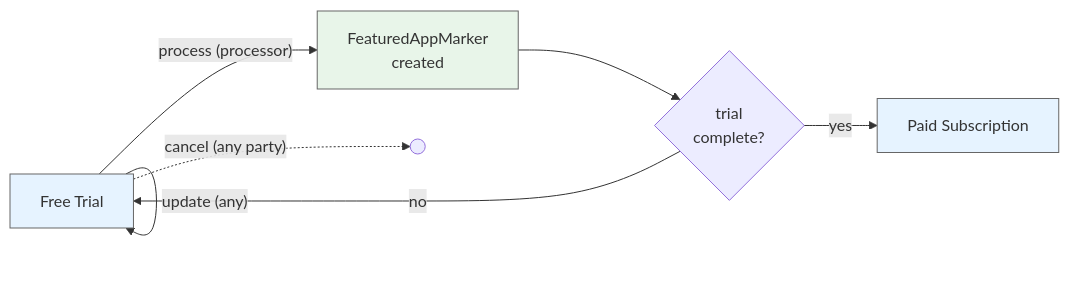
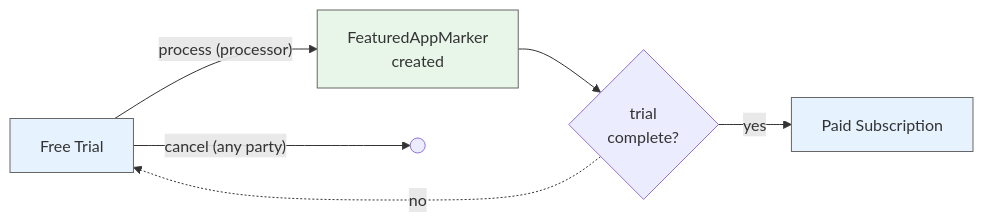
Before and after one commit to Fairmint/open-captable-protocol-daml: the third of 4 diagrams in Subscriptions-v01/README.md, drawn with Mermaid. The commit also changed other lines of this file, not shown here.

````diff
--- a/Subscriptions-v01/README.md
+++ b/Subscriptions-v01/README.md
@@ -194,17 +133,14 @@
 ```mermaid
 flowchart LR
     FT[Free Trial]
     FT -->|"process (processor)"| Marker[FeaturedAppMarker<br/>created]
     Marker --> Choice{trial<br/>complete?}
-    Choice -->|no| FT
+    Choice -.->|no| FT
     Choice -->|yes| PS[Paid Subscription]
-    FT -->|reduce trial duration<br/>subscriber| FT
-    FT -->|extend trial duration<br/>recipient| FT
-    FT -->|"update (any)"| FT
-    FT -.->|"cancel (any party)"| End(( ))
+    FT -->|"cancel (any party)"| End(( ))
     
     classDef active fill:#e6f3ff,stroke:#666
     classDef effect fill:#e8f5e9,stroke:#666
     class FT,PS active
     class Marker effect
 ```
````
